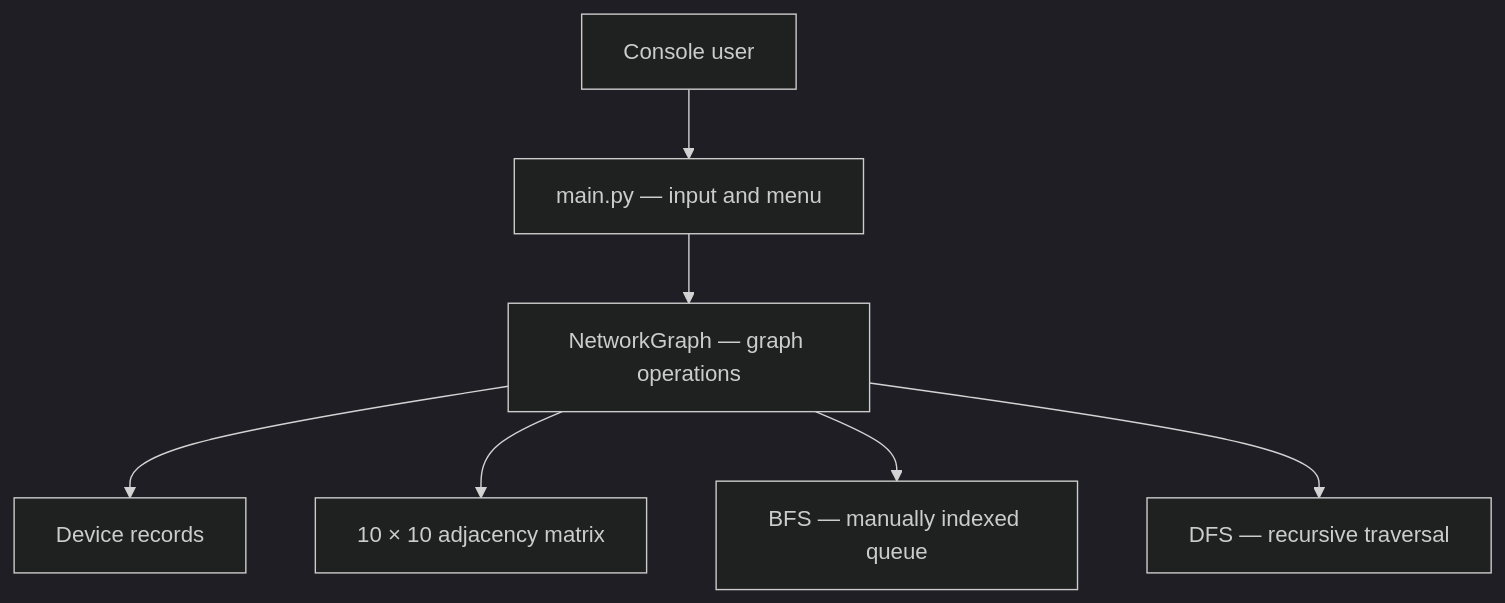
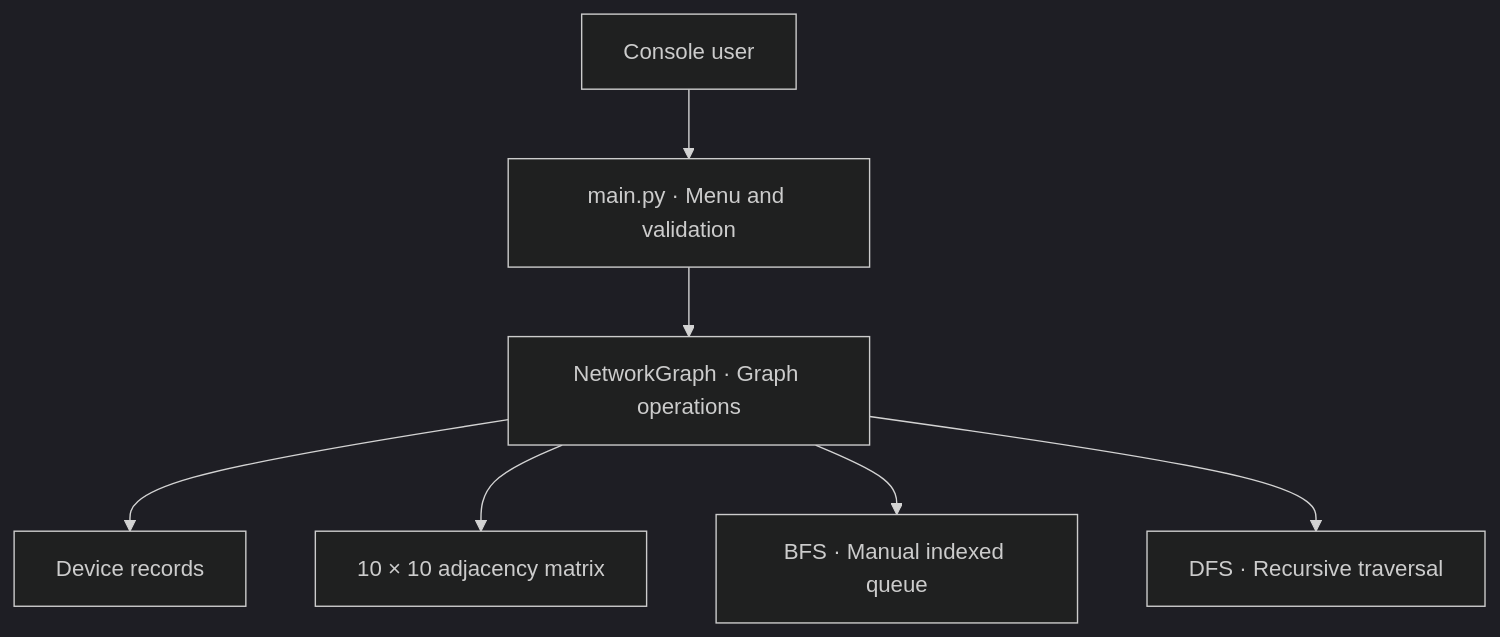
One commit to Kanechiii/nodex changed the first of 2 diagrams in README.md. Above: the diagram before and after it, drawn with Mermaid (dark theme). The commit also changed other lines of this file and 2 other files, not shown here.

````diff
--- a/README.md
+++ b/README.md
@@ -33,9 +56,9 @@
 ```mermaid
 flowchart TD
-    User["Console user"] --> Menu["main.py — input and menu"]
-    Menu --> Graph["NetworkGraph — graph operations"]
-    Graph --> Records["Device records"]
-    Graph --> Matrix["10 × 10 adjacency matrix"]
-    Graph --> BFS["BFS — manually indexed queue"]
-    Graph --> DFS["DFS — recursive traversal"]
+    A["Console user"] --> B["main.py · Menu and validation"]
+    B --> C["NetworkGraph · Graph operations"]
+    C --> D["Device records"]
+    C --> E["10 × 10 adjacency matrix"]
+    C --> F["BFS · Manual indexed queue"]
+    C --> G["DFS · Recursive traversal"]
 ```
````
